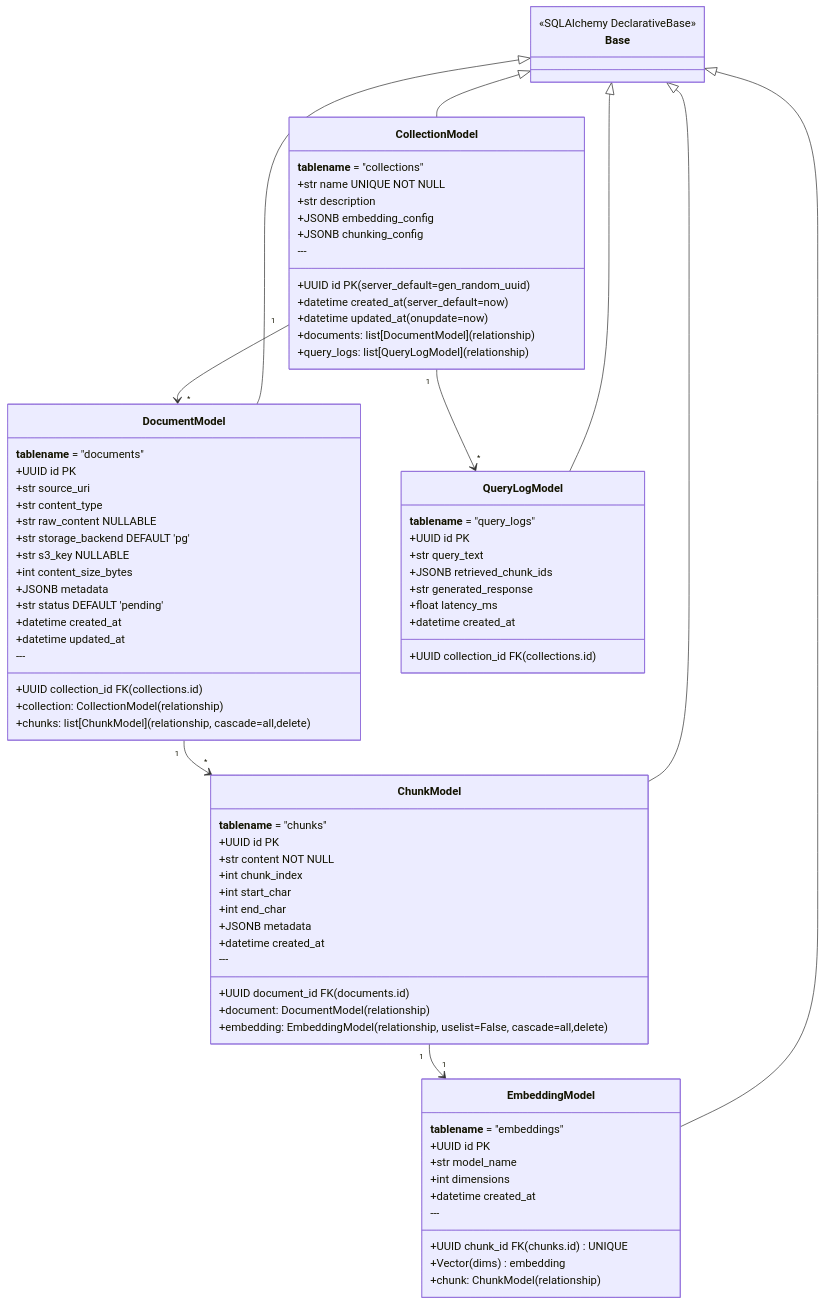
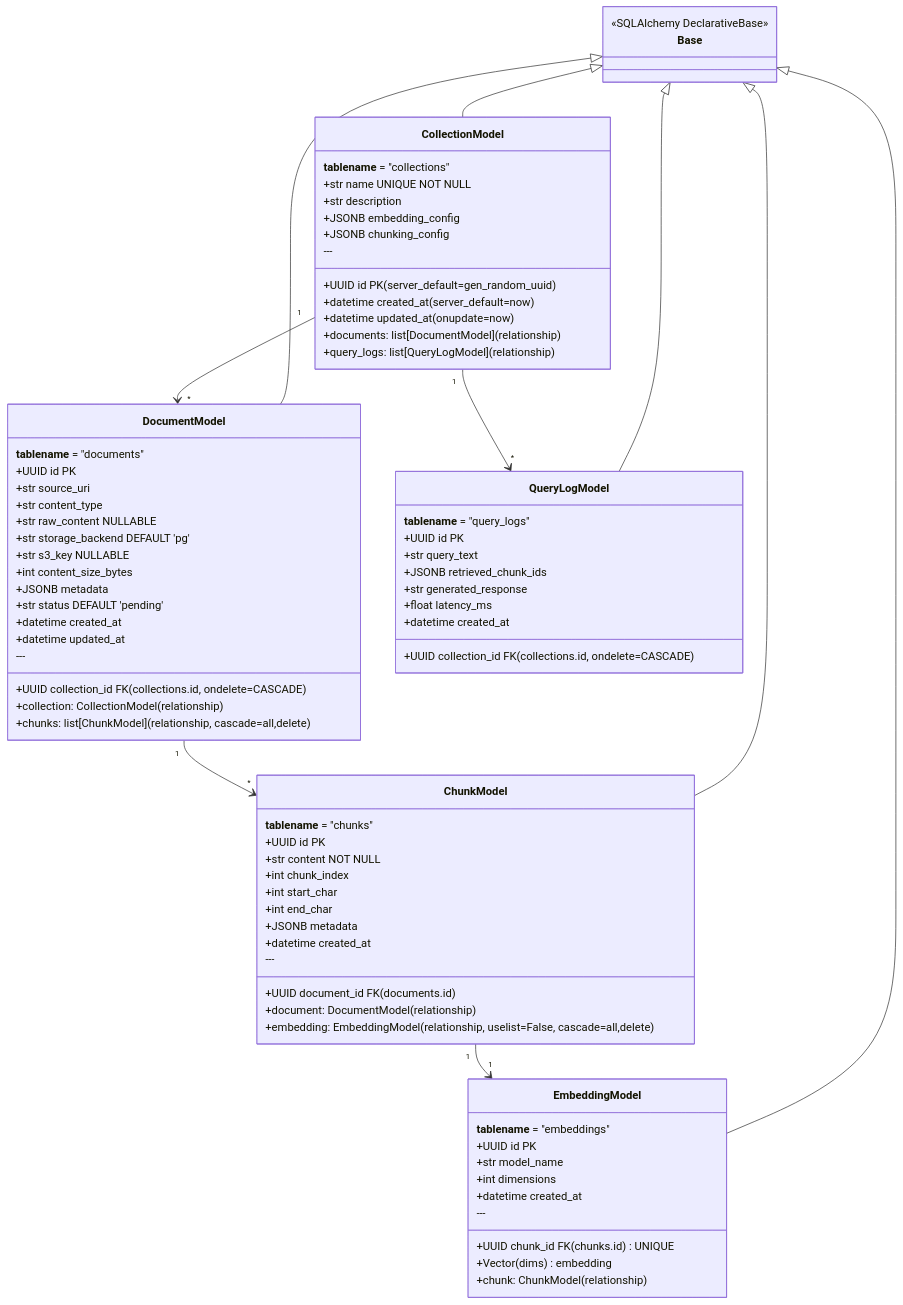
One commit to Hanna-Hinn/VectorForge changed the eighth of 13 diagrams in planning/phase-1-foundation.md. Above: the diagram before and after it, drawn with Mermaid. The commit also changed other lines of this file and 55 other files, not shown here.

```diff
--- a/planning/phase-1-foundation.md
+++ b/planning/phase-1-foundation.md
@@ -908,7 +928,7 @@
     class DocumentModel {
         __tablename__ = "documents"
         +UUID id PK
-        +UUID collection_id FK(collections.id)
+        +UUID collection_id FK(collections.id, ondelete=CASCADE)
         +str source_uri
         +str content_type
         +str raw_content NULLABLE
@@ -954,7 +974,7 @@
     class QueryLogModel {
         __tablename__ = "query_logs"
         +UUID id PK
-        +UUID collection_id FK(collections.id)
+        +UUID collection_id FK(collections.id, ondelete=CASCADE)
         +str query_text
         +JSONB retrieved_chunk_ids
         +str generated_response
```
